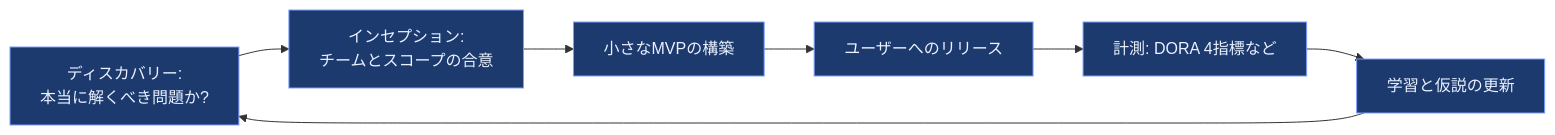
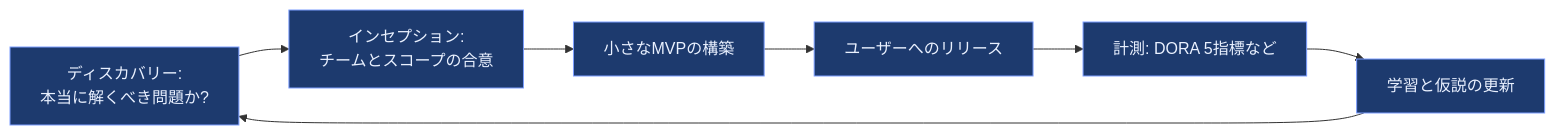
One commit to myoshi2891/Comparison-of-LLMs changed the second of 11 diagrams in Effective-ml-teams-guide.md. Above: the diagram before and after it, drawn with Mermaid. The commit also changed other lines of this file and 2 other files, not shown here.

Commit message:
docs(guides): update DORA metrics, crawler code explanation, and source note

````diff
--- a/Effective-ml-teams-guide.md
+++ b/Effective-ml-teams-guide.md
@@ -119,12 +119,12 @@
 ```mermaid
 flowchart LR
     A["ディスカバリー:<br/>本当に解くべき問題か?"] --> B["インセプション:<br/>チームとスコープの合意"]
     B --> C["小さなMVPの構築"]
     C --> D["ユーザーへのリリース"]
-    D --> E["計測: DORA 4指標など"]
+    D --> E["計測: DORA 5指標など"]
     E --> F["学習と仮説の更新"]
     F --> A
 
     classDef loopFill fill:#1d3a6e,stroke:#7c9eff,color:#eaf1ff;
     class A,B,C,D,E,F loopFill
 ```
````
